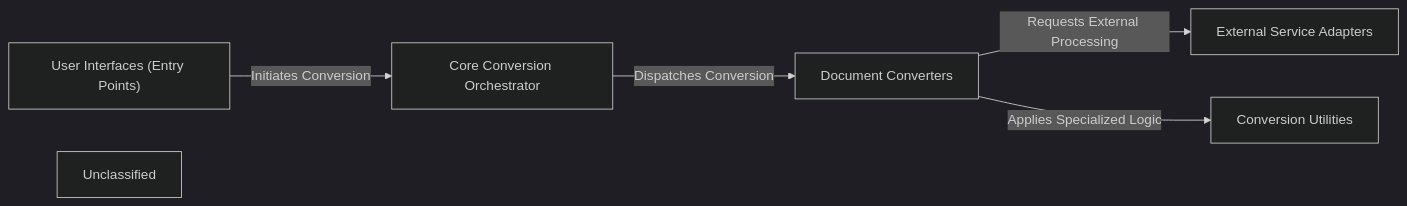
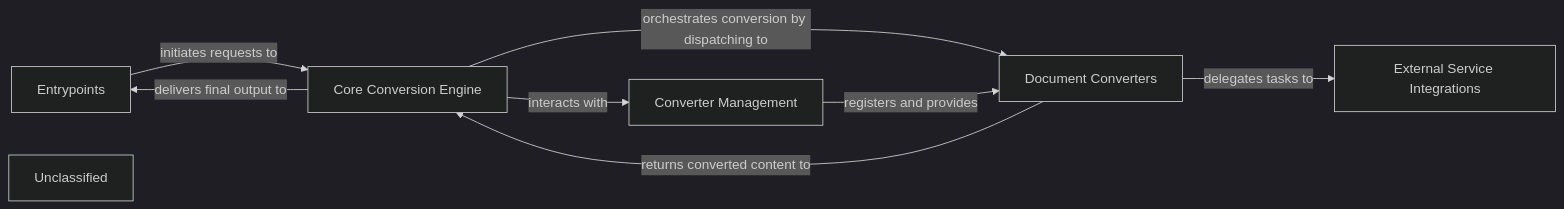
One commit to CodeBoarding/GeneratedOnBoardings changed the diagram in markitdown/on_boarding.md. Above: the diagram before and after it, drawn with Mermaid (dark theme). The commit also changed other lines of this file, not shown here.

````diff
--- a/markitdown/on_boarding.md
+++ b/markitdown/on_boarding.md
@@ -1,13 +1,16 @@
 ```mermaid
 graph LR
-    User_Interfaces_Entry_Points_["User Interfaces (Entry Points)"]
-    Core_Conversion_Orchestrator["Core Conversion Orchestrator"]
+    Entrypoints["Entrypoints"]
+    Core_Conversion_Engine["Core Conversion Engine"]
+    Converter_Management["Converter Management"]
     Document_Converters["Document Converters"]
-    External_Service_Adapters["External Service Adapters"]
-    Conversion_Utilities["Conversion Utilities"]
+    External_Service_Integrations["External Service Integrations"]
     Unclassified["Unclassified"]
-    User_Interfaces_Entry_Points_ -- "Initiates Conversion" --> Core_Conversion_Orchestrator
-    Core_Conversion_Orchestrator -- "Dispatches Conversion" --> Document_Converters
-    Document_Converters -- "Requests External Processing" --> External_Service_Adapters
-    Document_Converters -- "Applies Specialized Logic" --> Conversion_Utilities
+    Entrypoints -- "initiates requests to" --> Core_Conversion_Engine
+    Core_Conversion_Engine -- "interacts with" --> Converter_Management
+    Core_Conversion_Engine -- "orchestrates conversion by dispatching to" --> Document_Converters
+    Converter_Management -- "registers and provides" --> Document_Converters
+    Document_Converters -- "delegates tasks to" --> External_Service_Integrations
+    Document_Converters -- "returns converted content to" --> Core_Conversion_Engine
+    Core_Conversion_Engine -- "delivers final output to" --> Entrypoints
 ```
````
